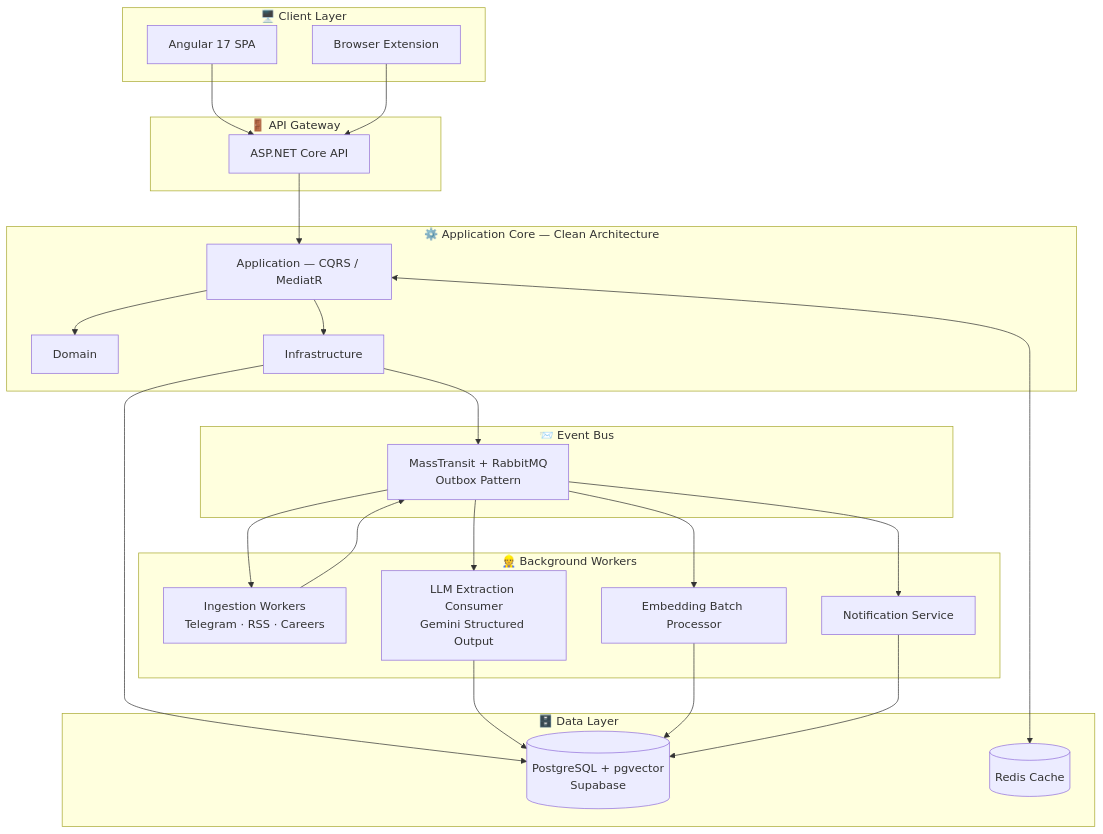
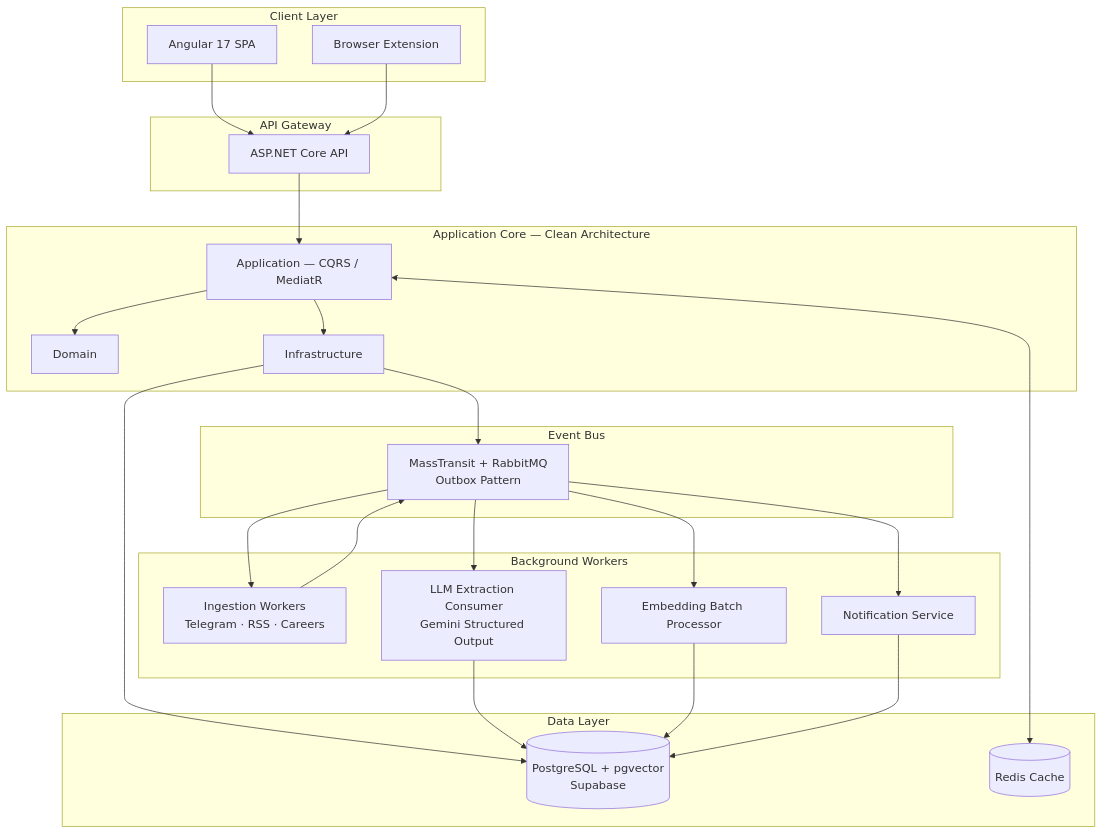
The diagram in README.md (3Abedalqader15/JobRadar), drawn with Mermaid before and after one commit. The commit also changed other lines of this file, not shown here.

````diff
--- a/README.md
+++ b/README.md
@@ -70,45 +65,45 @@
 ```mermaid
 flowchart TB
-    subgraph Client["🖥️ Client Layer"]
+    subgraph Client["Client Layer"]
         ANG[Angular 17 SPA]
         EXT[Browser Extension]
     end
 
-    subgraph Gateway["🚪 API Gateway"]
+    subgraph Gateway["API Gateway"]
         API[ASP.NET Core API]
     end
 
-    subgraph Core["⚙️ Application Core — Clean Architecture"]
+    subgraph Core["Application Core — Clean Architecture"]
         DOM[Domain]
         APP[Application — CQRS / MediatR]
         INF[Infrastructure]
     end
 
-    subgraph Bus["📨 Event Bus"]
+    subgraph Bus["Event Bus"]
         MT[MassTransit + RabbitMQ<br/>Outbox Pattern]
     end
 
-    subgraph Workers["👷 Background Workers"]
+    subgraph Workers["Background Workers"]
         ING[Ingestion Workers<br/>Telegram · RSS · Careers]
         LLM[LLM Extraction Consumer<br/>Gemini Structured Output]
         EMB[Embedding Batch Processor]
         NOT[Notification Service]
     end
 
-    subgraph Data["🗄️ Data Layer"]
+    subgraph Data["Data Layer"]
         PG[(PostgreSQL + pgvector<br/>Supabase)]
         REDIS[(Redis Cache)]
     end
 
     ANG --> API
     EXT --> API
     API --> APP --> DOM
     APP --> INF --> PG
     APP <--> REDIS
     INF --> MT
     MT --> ING & LLM & EMB & NOT
     ING --> MT
     LLM --> PG
     EMB --> PG
     NOT --> PG
 ```
````
